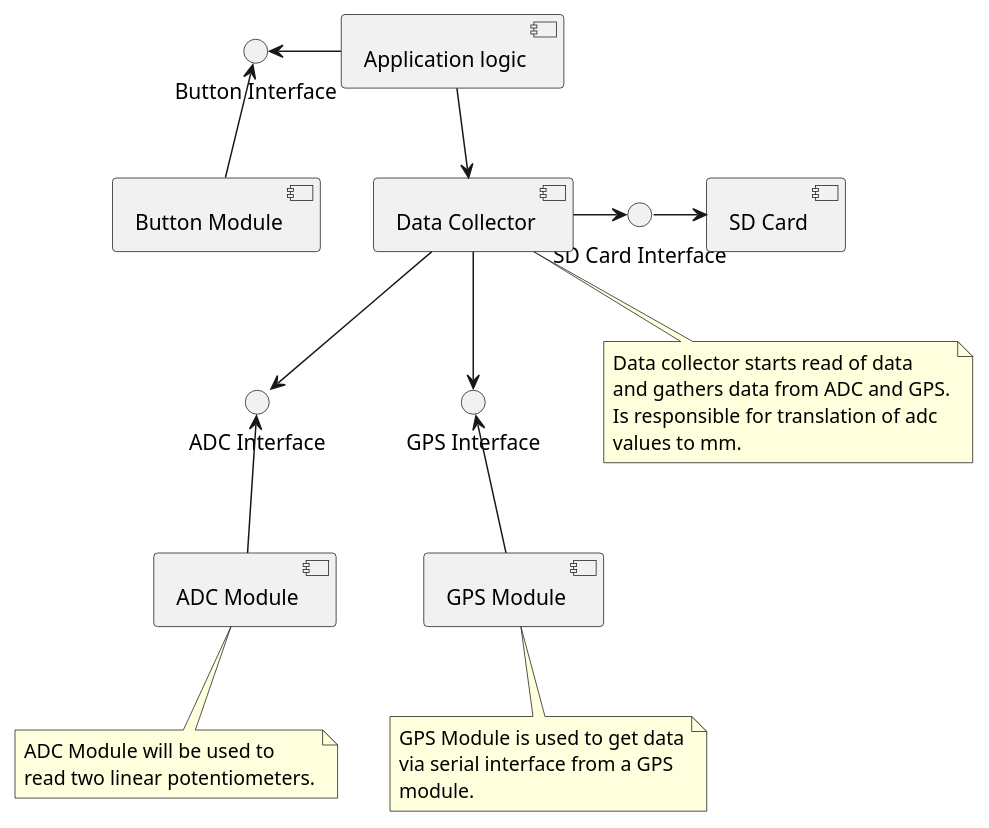
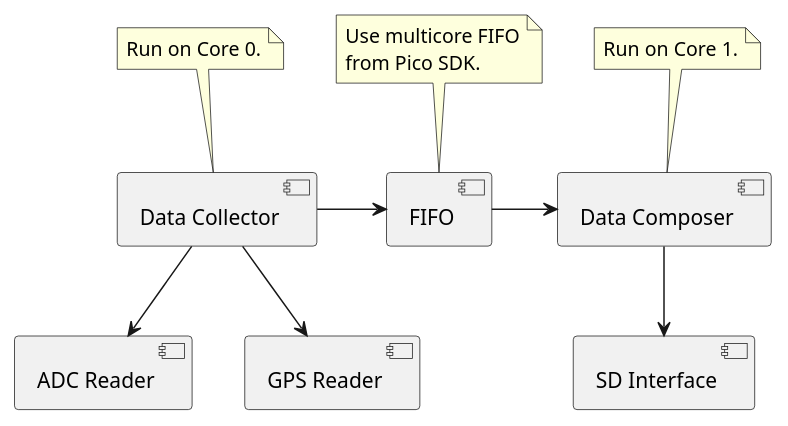
One commit to n0ll4k/bahama-mama-telemetry changed the diagram in docs/design/bmt_components.plantuml. Above: the diagram before and after it, drawn with PlantUML.

Commit message:
Reworked components diagram.

```diff
--- a/docs/design/bmt_components.plantuml
+++ b/docs/design/bmt_components.plantuml
@@ -1,49 +1,31 @@
 @startuml Bahama Mama Telemetry Components
 
-() "ADC Interface" as adc_if
-() "GPS Interface" as gps_if
-() "Button Interface" as btn_if
-() "SD Card Interface" as sd_if
+[Data Collector] as collector
+[Data Composer] as composer
+[FIFO] as fifo
+[SD Interface] as sd
+[ADC Reader] as adc
+[GPS Reader] as gps
 
-[adc] as "ADC Module"
-[gps] as "GPS Module"
-[sd] as "SD Card"
-[btn] as "Button Module"
-
-[data_collection] as "Data Collector"
-[app_logic] as "Application logic"
-
-
-adc_if <-- [adc]
-gps_if <-- [gps]
-sd_if -> [sd]
-
-[data_collection] --> adc_if
-[data_collection] --> gps_if
-[data_collection] -> sd_if
-
-
-[app_logic] --> [data_collection]
-btn_if <- [app_logic]
-
-btn_if <-- [btn]
-
-note bottom of [adc]
-    ADC Module will be used to
-    read two linear potentiometers.
+note top of fifo
+    Use multicore FIFO
+    from Pico SDK.
 end note
 
-note bottom of [gps]
-    GPS Module is used to get data
-    via serial interface from a GPS
-    module.
+note top of collector
+    Run on Core 0.
 end note
 
-note bottom of [data_collection]
-    Data collector starts read of data
-    and gathers data from ADC and GPS.
-    Is responsible for translation of adc
-    values to mm.
+note top of composer
+    Run on Core 1.
 end note
 
+collector -> fifo
+fifo -> composer
+
+collector -d-> adc
+collector -d-> gps
+
+composer -d-> sd
+
 @enduml
```
